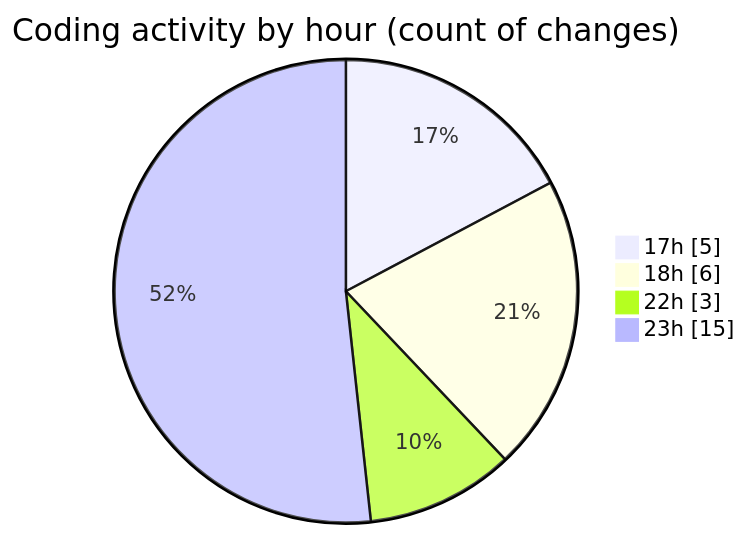
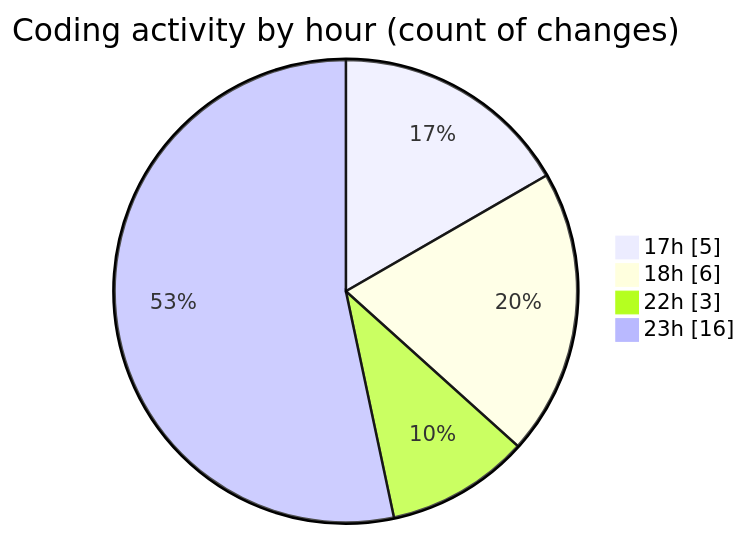
One commit to donsfak/code-tracking changed the second of 2 diagrams in 2025-02-07/portofolio/README.md. Above: the diagram before and after it, drawn with Mermaid. The commit also changed other lines of this file and 1 other file, not shown here.

````diff
--- a/2025-02-07/portofolio/README.md
+++ b/2025-02-07/portofolio/README.md
@@ -30,8 +30,8 @@
 ```mermaid
 pie showData
 title Coding activity by hour (count of changes)
 "17h" : 5
 "18h" : 6
 "22h" : 3
-"23h" : 15
+"23h" : 16
 ```
````
